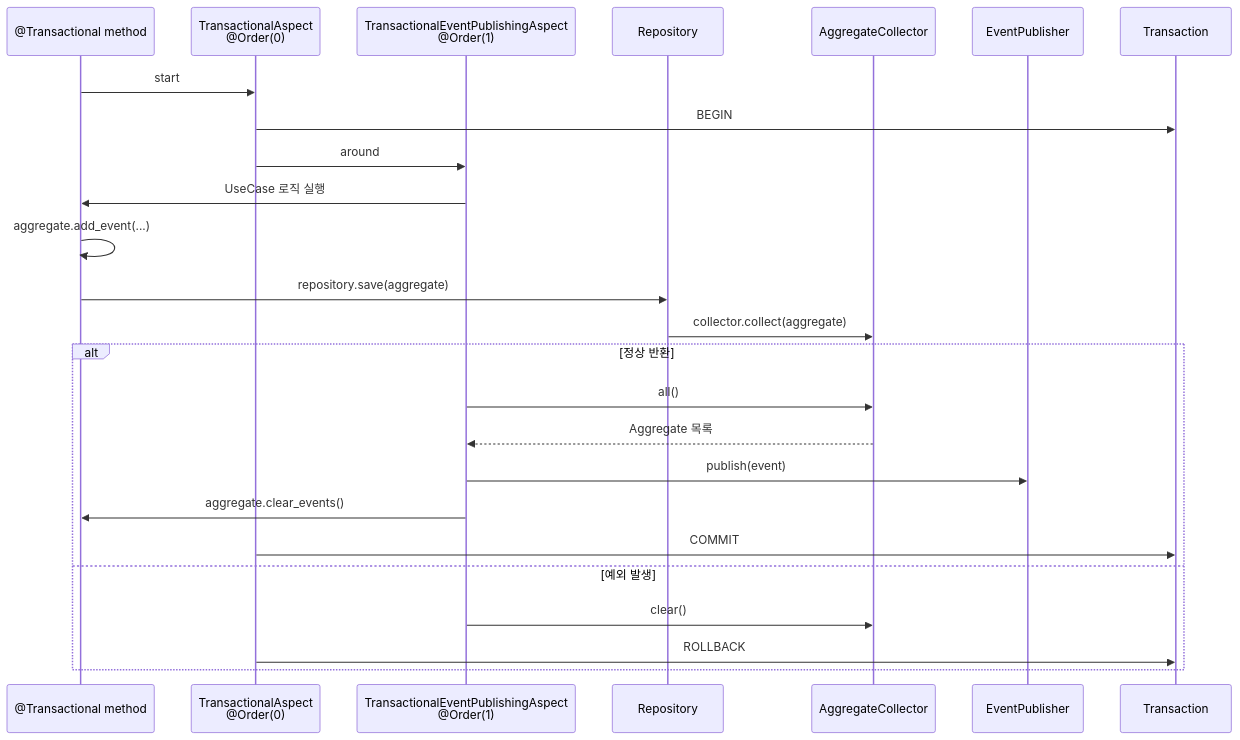
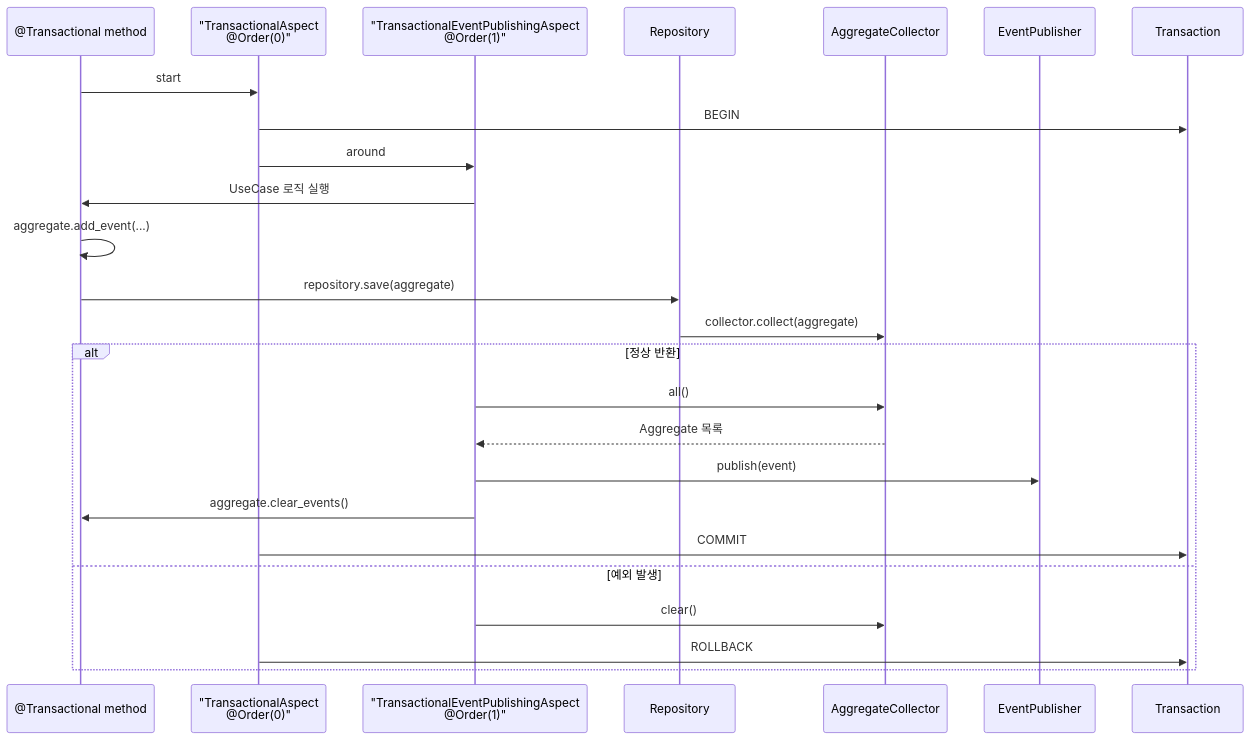
The eighth of 12 diagrams in ARCHITECTURE.md (E5presso/spakky-framework), drawn with Mermaid before and after one commit. The commit also changed other lines of this file and 45 other files, not shown here.

````diff
--- a/ARCHITECTURE.md
+++ b/ARCHITECTURE.md
@@ -829,29 +839,29 @@
 ```mermaid
 sequenceDiagram
     participant U as @Transactional method
-    participant TA as TransactionalAspect<br/>@Order(0)
-    participant EA as TransactionalEventPublishingAspect<br/>@Order(1)
+    participant TA as "TransactionalAspect<br/>@Order(0)"
+    participant EA as "TransactionalEventPublishingAspect<br/>@Order(1)"
     participant R as Repository
     participant C as AggregateCollector
     participant P as EventPublisher
     participant DB as Transaction
 
     U->>TA: start
     TA->>DB: BEGIN
     TA->>EA: around
     EA->>U: UseCase 로직 실행
     U->>U: aggregate.add_event(...)
     U->>R: repository.save(aggregate)
     R->>C: collector.collect(aggregate)
 
     alt 정상 반환
         EA->>C: all()
         C-->>EA: Aggregate 목록
         EA->>P: publish(event)
         EA->>U: aggregate.clear_events()
         TA->>DB: COMMIT
     else 예외 발생
         EA->>C: clear()
         TA->>DB: ROLLBACK
     end
 ```
````
